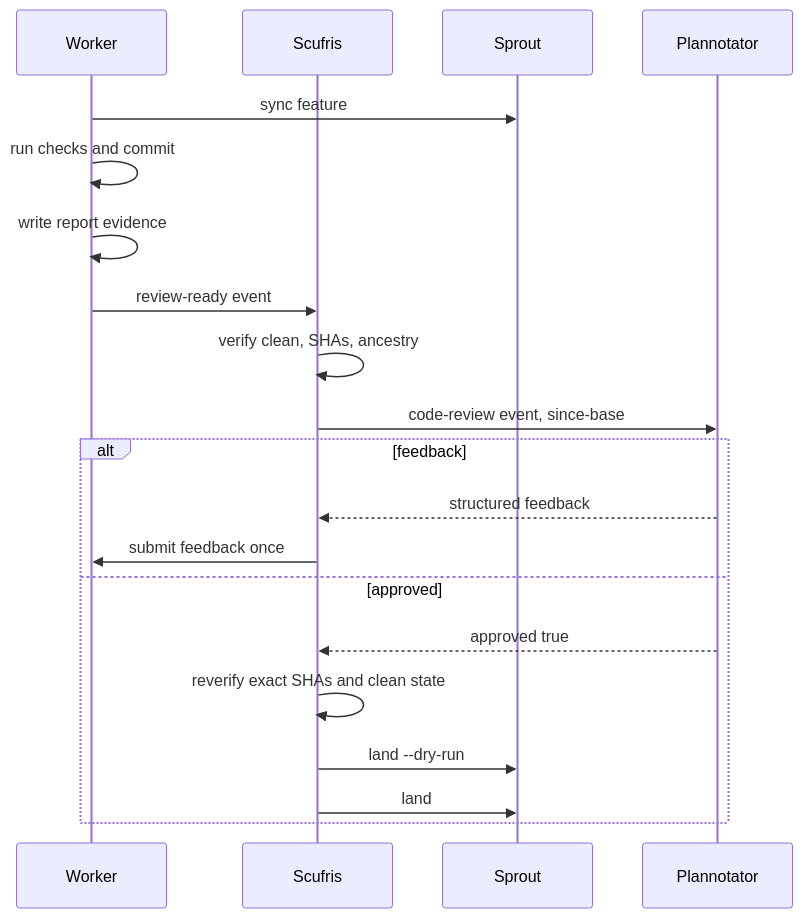
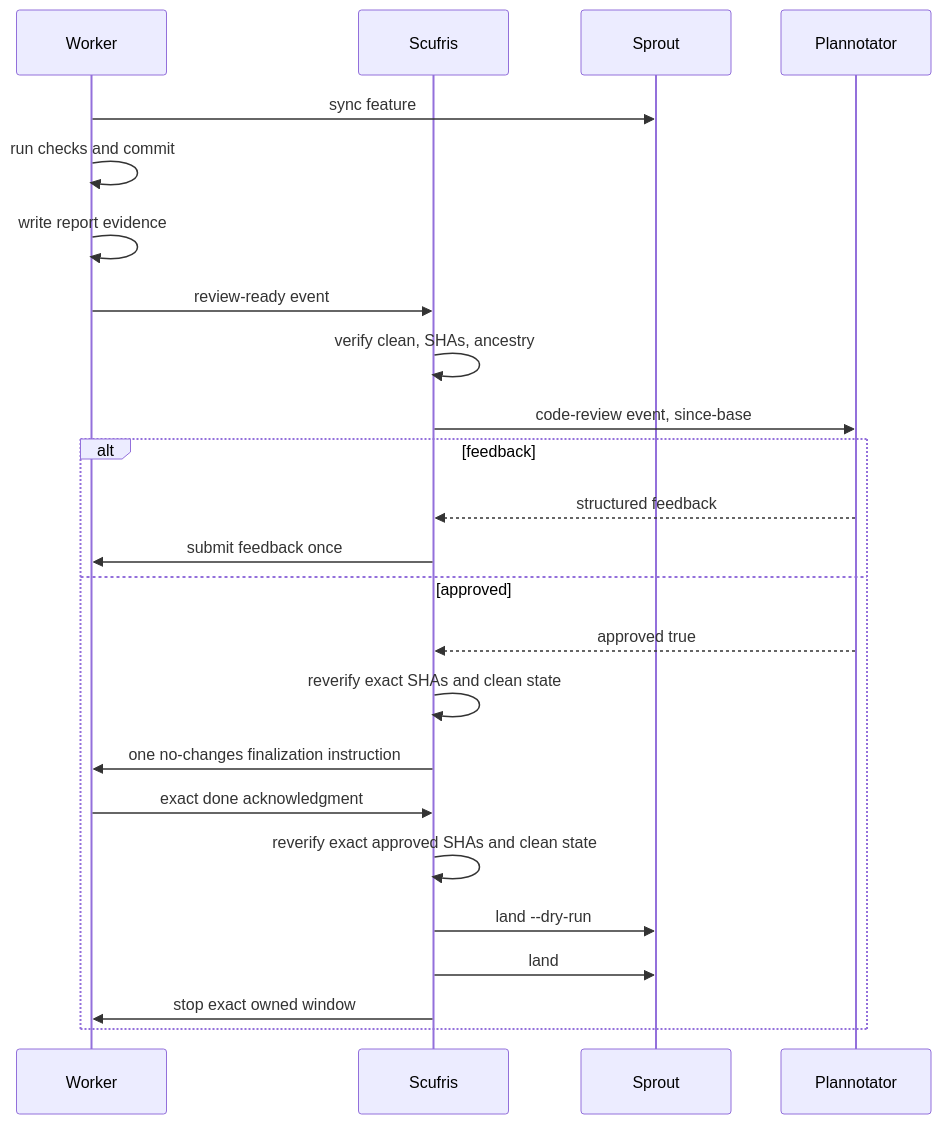
Before and after one commit to alexjercan/scufris2: the fourth of 5 diagrams in tasks/20260818-222337/ARCHITECTURE.md, drawn with Mermaid. The commit also changed other lines of this file and 13 other files, not shown here.

````diff
--- a/tasks/20260818-222337/ARCHITECTURE.md
+++ b/tasks/20260818-222337/ARCHITECTURE.md
@@ -326,23 +341,27 @@
 ```mermaid
 sequenceDiagram
   participant Worker
   participant Scufris
   participant Sprout
   participant Plannotator
 
   Worker->>Sprout: sync feature
   Worker->>Worker: run checks and commit
   Worker->>Worker: write report evidence
   Worker->>Scufris: review-ready event
   Scufris->>Scufris: verify clean, SHAs, ancestry
   Scufris->>Plannotator: code-review event, since-base
   alt feedback
     Plannotator-->>Scufris: structured feedback
     Scufris->>Worker: submit feedback once
   else approved
     Plannotator-->>Scufris: approved true
     Scufris->>Scufris: reverify exact SHAs and clean state
+    Scufris->>Worker: one no-changes finalization instruction
+    Worker->>Scufris: exact done acknowledgment
+    Scufris->>Scufris: reverify exact approved SHAs and clean state
     Scufris->>Sprout: land --dry-run
     Scufris->>Sprout: land
+    Scufris->>Worker: stop exact owned window
   end
 ```
````
